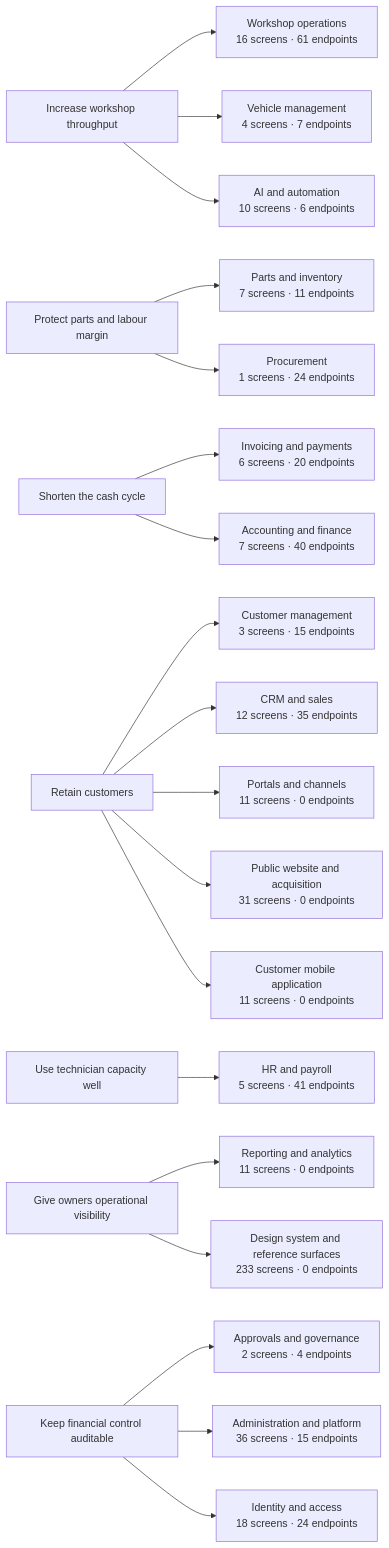
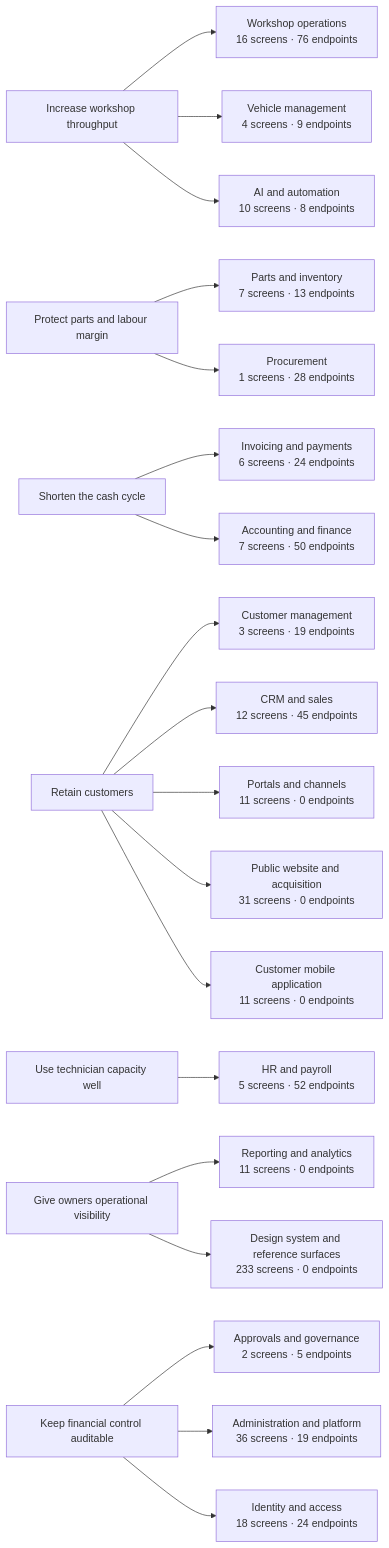
Before and after one commit to tazamohd/SlClNe: the diagram in docs/07_BUSINESS_ANALYSIS/BUSINESS_CAPABILITY_MAP.md, drawn with Mermaid. The commit also changed other lines of this file and 76 other files, not shown here.

````diff
--- a/docs/07_BUSINESS_ANALYSIS/BUSINESS_CAPABILITY_MAP.md
+++ b/docs/07_BUSINESS_ANALYSIS/BUSINESS_CAPABILITY_MAP.md
@@ -22,46 +22,46 @@
 ```mermaid
 flowchart LR
   OBJ_THROUGHPUT["Increase workshop throughput"]
   OBJ_MARGIN["Protect parts and labour margin"]
   OBJ_CASH["Shorten the cash cycle"]
   OBJ_RETENTION["Retain customers"]
   OBJ_CAPACITY["Use technician capacity well"]
   OBJ_VISIBILITY["Give owners operational visibility"]
   OBJ_CONTROL["Keep financial control auditable"]
-  CAP_WORKSHOP["Workshop operations<br/>16 screens · 61 endpoints"]
+  CAP_WORKSHOP["Workshop operations<br/>16 screens · 76 endpoints"]
   OBJ_THROUGHPUT --> CAP_WORKSHOP
-  CAP_CUSTOMERS["Customer management<br/>3 screens · 15 endpoints"]
+  CAP_CUSTOMERS["Customer management<br/>3 screens · 19 endpoints"]
   OBJ_RETENTION --> CAP_CUSTOMERS
-  CAP_VEHICLES["Vehicle management<br/>4 screens · 7 endpoints"]
+  CAP_VEHICLES["Vehicle management<br/>4 screens · 9 endpoints"]
   OBJ_THROUGHPUT --> CAP_VEHICLES
-  CAP_INVENTORY["Parts and inventory<br/>7 screens · 11 endpoints"]
+  CAP_INVENTORY["Parts and inventory<br/>7 screens · 13 endpoints"]
   OBJ_MARGIN --> CAP_INVENTORY
-  CAP_PROCUREMENT["Procurement<br/>1 screens · 24 endpoints"]
+  CAP_PROCUREMENT["Procurement<br/>1 screens · 28 endpoints"]
   OBJ_MARGIN --> CAP_PROCUREMENT
-  CAP_BILLING["Invoicing and payments<br/>6 screens · 20 endpoints"]
+  CAP_BILLING["Invoicing and payments<br/>6 screens · 24 endpoints"]
   OBJ_CASH --> CAP_BILLING
-  CAP_ACCOUNTING["Accounting and finance<br/>7 screens · 40 endpoints"]
+  CAP_ACCOUNTING["Accounting and finance<br/>7 screens · 50 endpoints"]
   OBJ_CASH --> CAP_ACCOUNTING
-  CAP_HR["HR and payroll<br/>5 screens · 41 endpoints"]
+  CAP_HR["HR and payroll<br/>5 screens · 52 endpoints"]
   OBJ_CAPACITY --> CAP_HR
-  CAP_CRM["CRM and sales<br/>12 screens · 35 endpoints"]
+  CAP_CRM["CRM and sales<br/>12 screens · 45 endpoints"]
   OBJ_RETENTION --> CAP_CRM
   CAP_REPORTING["Reporting and analytics<br/>11 screens · 0 endpoints"]
   OBJ_VISIBILITY --> CAP_REPORTING
-  CAP_GOVERNANCE["Approvals and governance<br/>2 screens · 4 endpoints"]
+  CAP_GOVERNANCE["Approvals and governance<br/>2 screens · 5 endpoints"]
   OBJ_CONTROL --> CAP_GOVERNANCE
   CAP_PORTALS["Portals and channels<br/>11 screens · 0 endpoints"]
   OBJ_RETENTION --> CAP_PORTALS
-  CAP_AI["AI and automation<br/>10 screens · 6 endpoints"]
+  CAP_AI["AI and automation<br/>10 screens · 8 endpoints"]
   OBJ_THROUGHPUT --> CAP_AI
-  CAP_PLATFORM["Administration and platform<br/>36 screens · 15 endpoints"]
+  CAP_PLATFORM["Administration and platform<br/>36 screens · 19 endpoints"]
   OBJ_CONTROL --> CAP_PLATFORM
   CAP_IDENTITY["Identity and access<br/>18 screens · 24 endpoints"]
   OBJ_CONTROL --> CAP_IDENTITY
   CAP_WEBSITE["Public website and acquisition<br/>31 screens · 0 endpoints"]
   OBJ_RETENTION --> CAP_WEBSITE
   CAP_CUSTOMERAPP["Customer mobile application<br/>11 screens · 0 endpoints"]
   OBJ_RETENTION --> CAP_CUSTOMERAPP
   CAP_DESIGNSYSTEM["Design system and reference surfaces<br/>233 screens · 0 endpoints"]
   OBJ_VISIBILITY --> CAP_DESIGNSYSTEM
 ```
````
